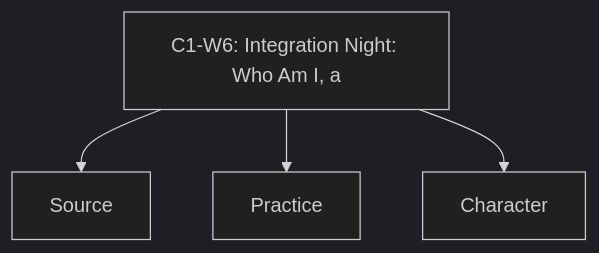
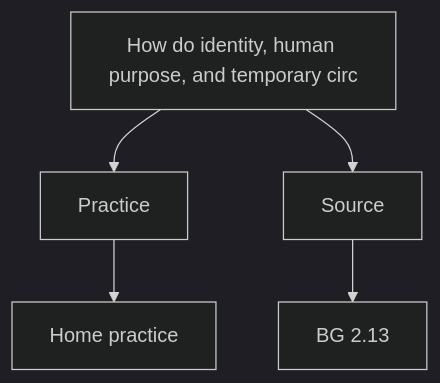
The diagram in 11-weekly-program-library/first-six-months/c1-w6-integration-night-who-am-i-and-how-should-our-family-live/visuals/concept-map.mmd (swap2you/kutumba-family-program), drawn with Mermaid (dark theme) before and after one commit. The commit also changed 155 other files, not shown here.

```diff
--- a/11-weekly-program-library/first-six-months/c1-w6-integration-night-who-am-i-and-how-should-our-family-live/visuals/concept-map.mmd
+++ b/11-weekly-program-library/first-six-months/c1-w6-integration-night-who-am-i-and-how-should-our-family-live/visuals/concept-map.mmd
@@ -1,4 +1,5 @@
-flowchart TD
-  A[C1-W6: Integration Night: Who Am I, a] --> B[Source]
-  A --> C[Practice]
-  A --> D[Character]
+flowchart TB
+  Q["How do identity, human purpose, and temporary circ"] --> P[Practice]
+  Q --> S[Source]
+  S --> V[BG 2.13]
+  P --> H[Home practice]
```
